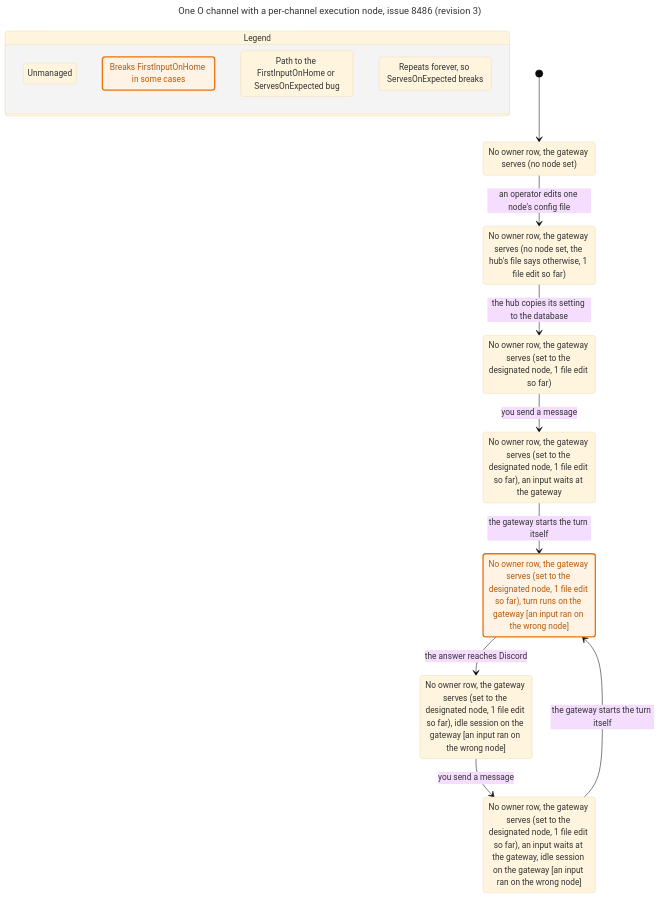
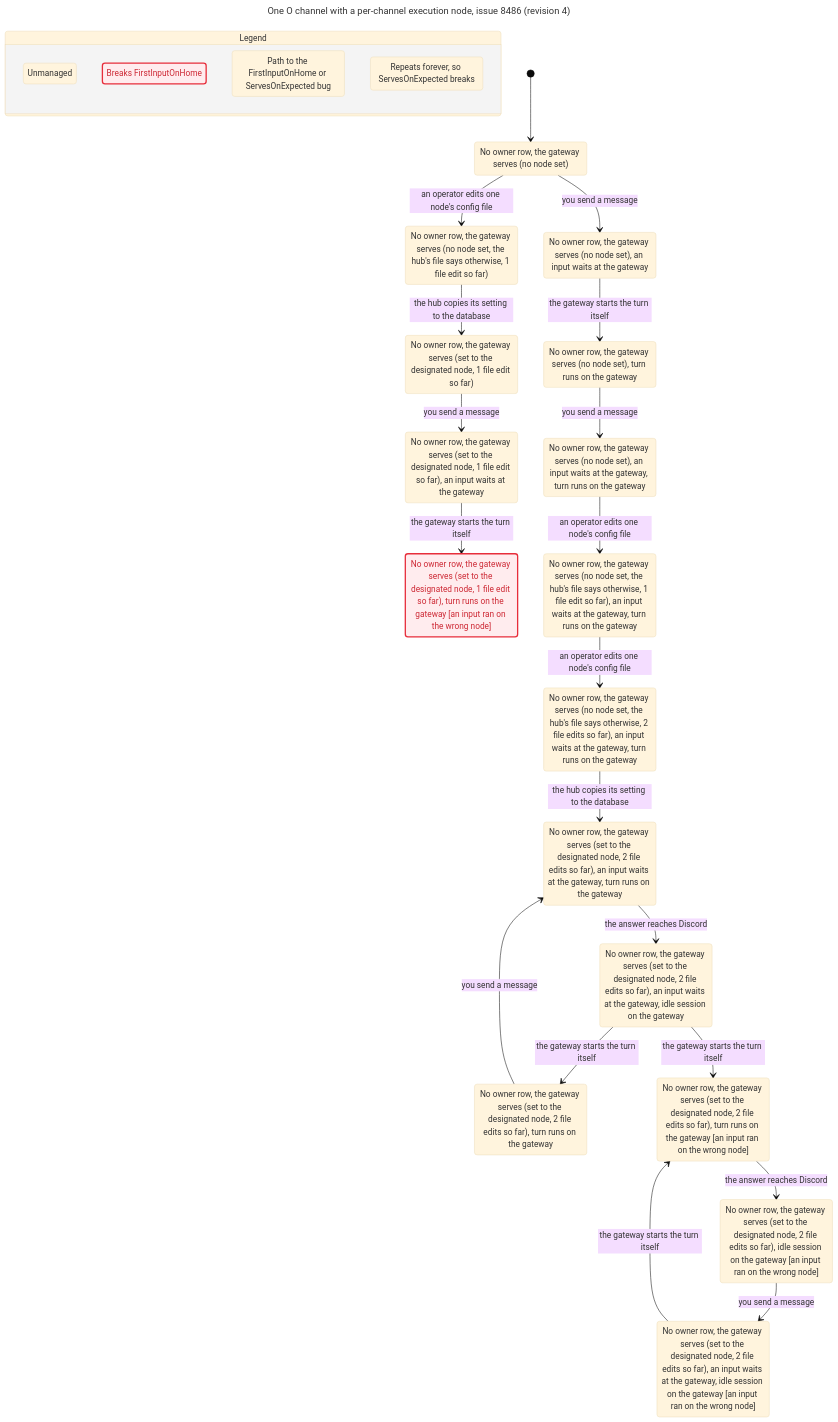
The diagram in docs/statecharts/gateway-lease/channel-home-threadnoinherit.chart.mmd (itismyfield/AgentDesk), drawn with Mermaid (base theme) before and after one commit. The commit also changed 52 other files, not shown here.

```diff
--- a/docs/statecharts/gateway-lease/channel-home-threadnoinherit.chart.mmd
+++ b/docs/statecharts/gateway-lease/channel-home-threadnoinherit.chart.mmd
@@ -1,48 +1,82 @@
 ---
-title: "One O channel with a per-channel execution node, issue 8486 (revision 3)"
+title: "One O channel with a per-channel execution node, issue 8486 (revision 4)"
 ---
 stateDiagram-v2
   state "Legend" as legend {
     lg0: Unmanaged
-    lg1: Breaks FirstInputOnHome in some cases
+    lg1: Breaks FirstInputOnHome
     lg2: Path to the FirstInputOnHome or ServesOnExpected bug
     lg3: Repeats forever, so ServesOnExpected breaks
   }
   class lg0 tan
-  class lg1 mayBreak
+  class lg1 breaks
   class lg2 bugPath
   class lg3 repeats
   s0: No owner row, the gateway serves (no node set)
   s1: No owner row, the gateway serves (no node set, the hub's file says otherwise, 1 file edit so far)
-  s2: No owner row, the gateway serves (set to the designated node, 1 file edit so far)
-  s3: No owner row, the gateway serves (set to the designated node, 1 file edit so far), an input waits at the gateway
-  s4: No owner row, the gateway serves (set to the designated node, 1 file edit so far), turn runs on the gateway [an input ran on the wrong node]
-  s5: No owner row, the gateway serves (set to the designated node, 1 file edit so far), idle session on the gateway [an input ran on the wrong node]
-  s6: No owner row, the gateway serves (set to the designated node, 1 file edit so far), an input waits at the gateway, idle session on the gateway [an input ran on the wrong node]
+  s2: No owner row, the gateway serves (no node set), an input waits at the gateway
+  s3: No owner row, the gateway serves (no node set), turn runs on the gateway
+  s4: No owner row, the gateway serves (set to the designated node, 1 file edit so far)
+  s5: No owner row, the gateway serves (no node set), an input waits at the gateway, turn runs on the gateway
+  s6: No owner row, the gateway serves (set to the designated node, 1 file edit so far), an input waits at the gateway
+  s7: No owner row, the gateway serves (set to the designated node, 1 file edit so far), turn runs on the gateway [an input ran on the wrong node]
+  s8: No owner row, the gateway serves (no node set, the hub's file says otherwise, 1 file edit so far), an input waits at the gateway, turn runs on the gateway
+  s9: No owner row, the gateway serves (no node set, the hub's file says otherwise, 2 file edits so far), an input waits at the gateway, turn runs on the gateway
+  s10: No owner row, the gateway serves (set to the designated node, 2 file edits so far), an input waits at the gateway, turn runs on the gateway
+  s11: No owner row, the gateway serves (set to the designated node, 2 file edits so far), an input waits at the gateway, idle session on the gateway
+  s12: No owner row, the gateway serves (set to the designated node, 2 file edits so far), turn runs on the gateway
+  s13: No owner row, the gateway serves (set to the designated node, 2 file edits so far), turn runs on the gateway [an input ran on the wrong node]
+  s14: No owner row, the gateway serves (set to the designated node, 2 file edits so far), idle session on the gateway [an input ran on the wrong node]
+  s15: No owner row, the gateway serves (set to the designated node, 2 file edits so far), an input waits at the gateway, idle session on the gateway [an input ran on the wrong node]
   [*] --> s0
   s0 --> s1: an operator edits one node's config file
-  s1 --> s2: the hub copies its setting to the database
-  s2 --> s3: you send a message
-  s3 --> s4: the gateway starts the turn itself
-  s4 --> s5: the answer reaches Discord
-  s5 --> s6: you send a message
-  s6 --> s4: the gateway starts the turn itself
-  classDef mayBreak fill:#fff3e6,stroke:#e8730c,stroke-width:2.5px,color:#b85a06
+  s0 --> s2: you send a message
+  s1 --> s4: the hub copies its setting to the database
+  s2 --> s3: the gateway starts the turn itself
+  s3 --> s5: you send a message
+  s4 --> s6: you send a message
+  s5 --> s8: an operator edits one node's config file
+  s6 --> s7: the gateway starts the turn itself
+  s8 --> s9: an operator edits one node's config file
+  s9 --> s10: the hub copies its setting to the database
+  s10 --> s11: the answer reaches Discord
+  s11 --> s12: the gateway starts the turn itself
+  s12 --> s10: you send a message
+  s11 --> s13: the gateway starts the turn itself
+  s13 --> s14: the answer reaches Discord
+  s14 --> s15: you send a message
+  s15 --> s13: the gateway starts the turn itself
+  classDef breaks fill:#ffecee,stroke:#e72e3b,stroke-width:2.5px,color:#cd2834
   class s0 tan
   class s0 bugPath
   class s1 tan
   class s1 bugPath
   class s2 tan
   class s2 bugPath
   class s3 tan
   class s3 bugPath
   class s4 tan
-  class s4 mayBreak
   class s4 bugPath
-  class s4 repeats
   class s5 tan
   class s5 bugPath
-  class s5 repeats
   class s6 tan
   class s6 bugPath
-  class s6 repeats
+  class s7 tan
+  class s7 breaks
+  class s7 bugPath
+  class s8 tan
+  class s8 bugPath
+  class s9 tan
+  class s9 bugPath
+  class s10 tan
+  class s10 bugPath
+  class s11 tan
+  class s11 bugPath
+  class s12 tan
+  class s12 bugPath
+  class s13 tan
+  class s13 repeats
+  class s14 tan
+  class s14 repeats
+  class s15 tan
+  class s15 repeats
```
